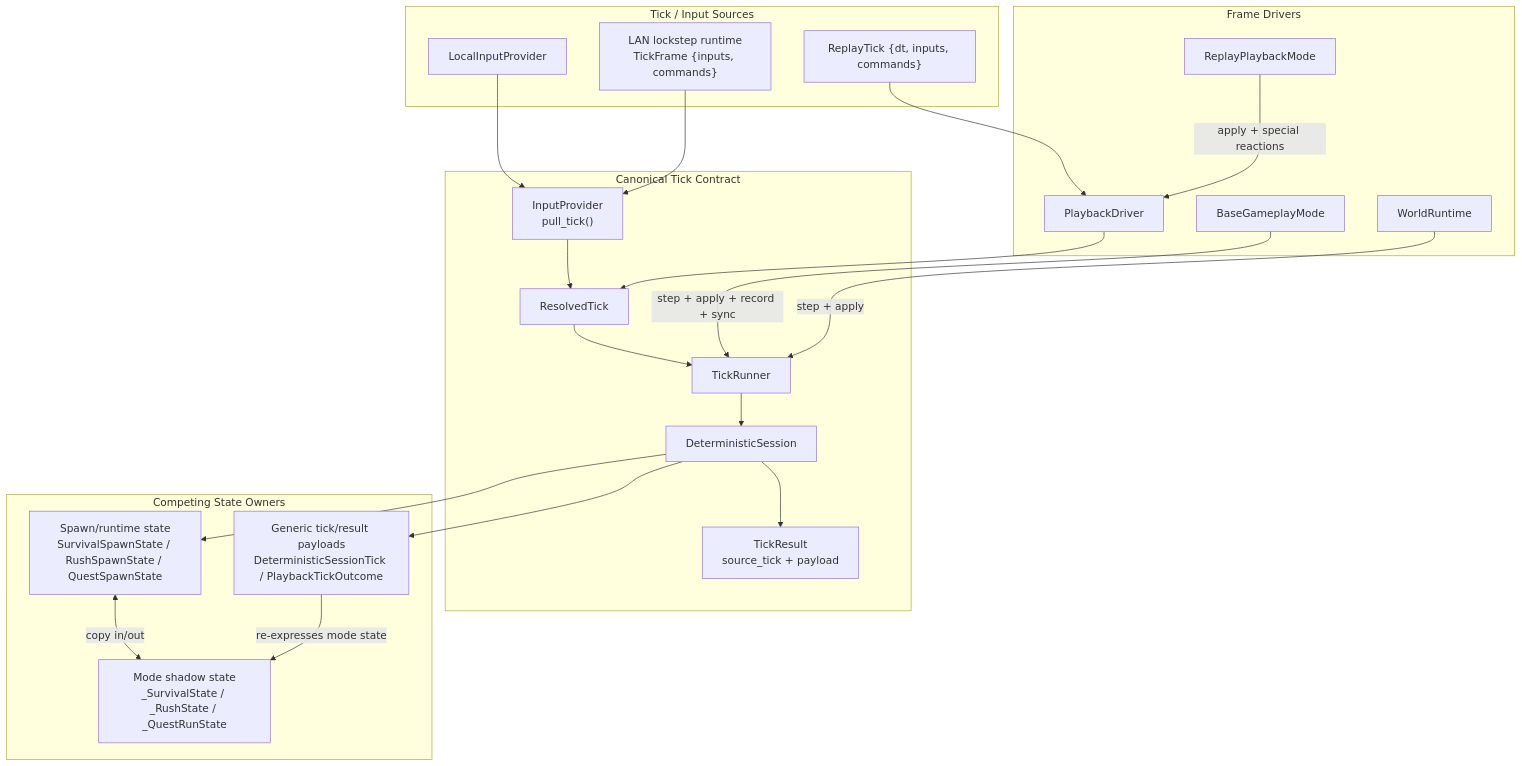
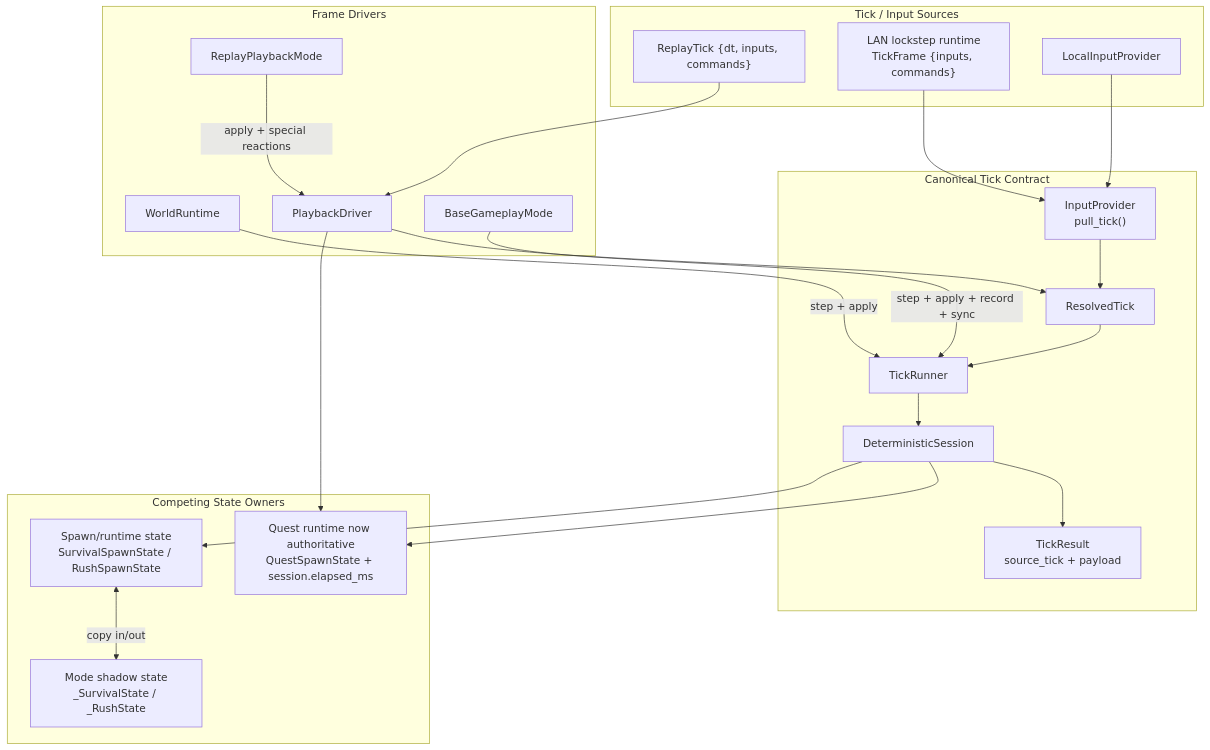
One commit to banteg/crimson changed the first of 2 diagrams in split_brain.md. Above: the diagram before and after it, drawn with Mermaid. The commit also changed other lines of this file, not shown here.

Commit message:
docs: refresh split-brain architecture note

````diff
--- a/split_brain.md
+++ b/split_brain.md
@@ -67,43 +60,43 @@
 ```mermaid
 flowchart TD
     subgraph Sources["Tick / Input Sources"]
         Local["LocalInputProvider"]
         Lan["LAN lockstep runtime<br/>TickFrame {inputs, commands}"]
         Replay["ReplayTick {dt, inputs, commands}"]
     end
 
     subgraph TickContract["Canonical Tick Contract"]
         Provider["InputProvider<br/>pull_tick()"]
         Tick["ResolvedTick"]
         Runner["TickRunner"]
         Session["DeterministicSession"]
         Result["TickResult<br/>source_tick + payload"]
     end
 
     subgraph StateOwners["Competing State Owners"]
-        ModeShadow["Mode shadow state<br/>_SurvivalState / _RushState / _QuestRunState"]
-        SpawnState["Spawn/runtime state<br/>SurvivalSpawnState / RushSpawnState / QuestSpawnState"]
-        GenericTick["Generic tick/result payloads<br/>DeterministicSessionTick / PlaybackTickOutcome"]
+        ModeShadow["Mode shadow state<br/>_SurvivalState / _RushState"]
+        SpawnState["Spawn/runtime state<br/>SurvivalSpawnState / RushSpawnState"]
+        QuestState["Quest runtime now authoritative<br/>QuestSpawnState + session.elapsed_ms"]
     end
 
     subgraph Drivers["Frame Drivers"]
         Base["BaseGameplayMode"]
         World["WorldRuntime"]
         ReplayMode["ReplayPlaybackMode"]
         Playback["PlaybackDriver"]
     end
 
     Local --> Provider
     Lan --> Provider
     Provider --> Tick --> Runner --> Session --> Result
     Replay --> Playback --> Tick
 
     Session --> SpawnState
-    Session --> GenericTick
+    Session --> QuestState
     SpawnState <-->|copy in/out| ModeShadow
-    GenericTick -->|re-expresses mode state| ModeShadow
 
     Base -->|step + apply + record + sync| Runner
     World -->|step + apply| Runner
     ReplayMode -->|apply + special reactions| Playback
+    Playback --> QuestState
 ```
````
